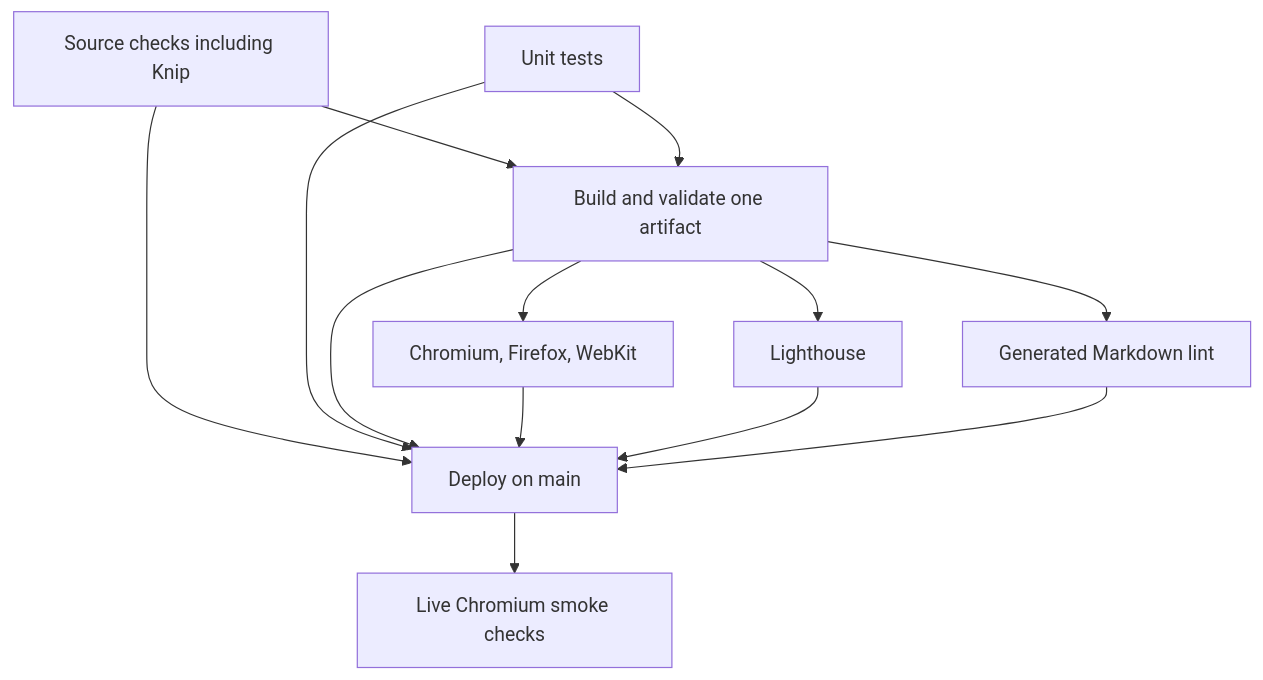
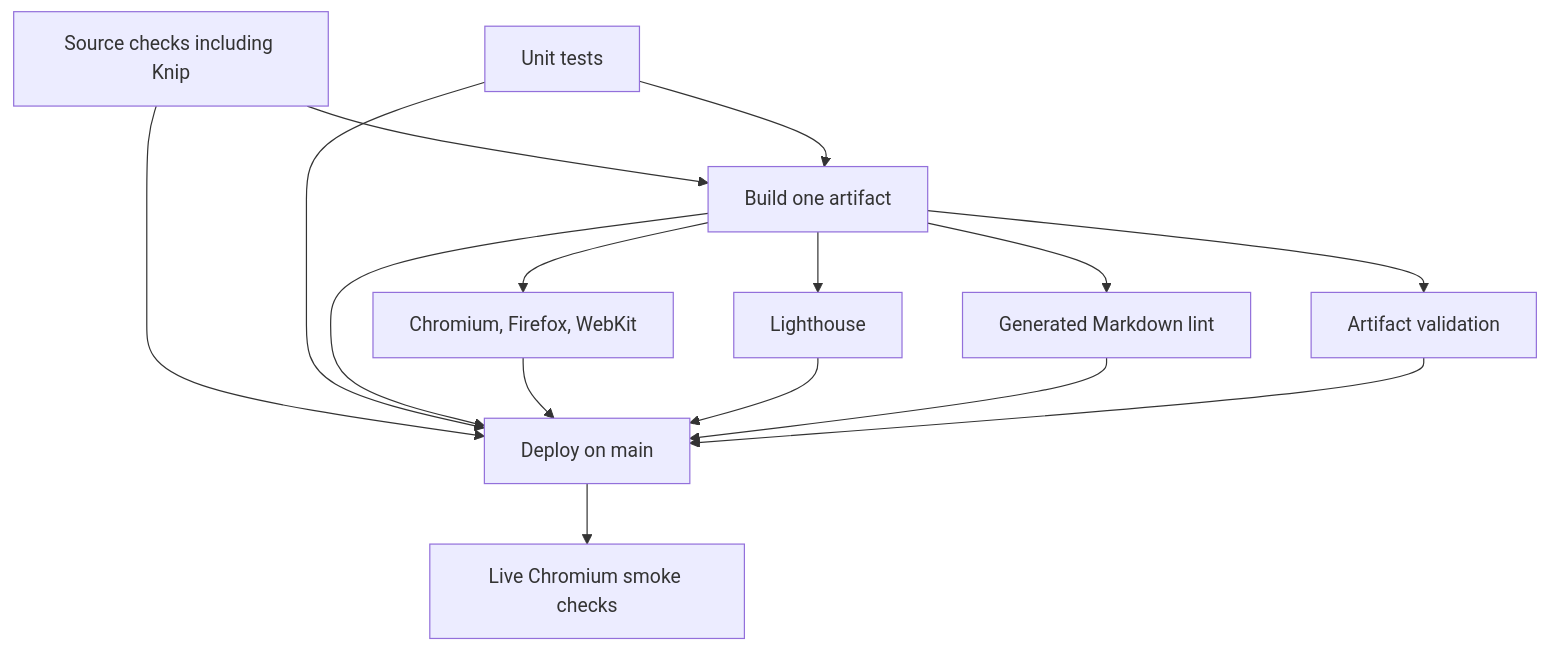
Before and after one commit to rahul0705/rahul0705.github.io: the diagram in docs/ci.md, drawn with Mermaid. The commit also changed other lines of this file and 3 other files, not shown here.

Commit message:
Validate production artifacts in a parallel build consumer job

````diff
--- a/docs/ci.md
+++ b/docs/ci.md
@@ -11,15 +11,17 @@
 ```mermaid
 flowchart TD
-  S[Source checks including Knip] --> B[Build and validate one artifact]
+  S[Source checks including Knip] --> B[Build one artifact]
   U[Unit tests] --> B
   B --> P[Chromium, Firefox, WebKit]
   B --> L[Lighthouse]
   B --> R[Generated Markdown lint]
+  B --> V[Artifact validation]
   S --> D[Deploy on main]
   U --> D
   B --> D
   P --> D
   L --> D
   R --> D
+  V --> D
   D --> M[Live Chromium smoke checks]
 ```
````
